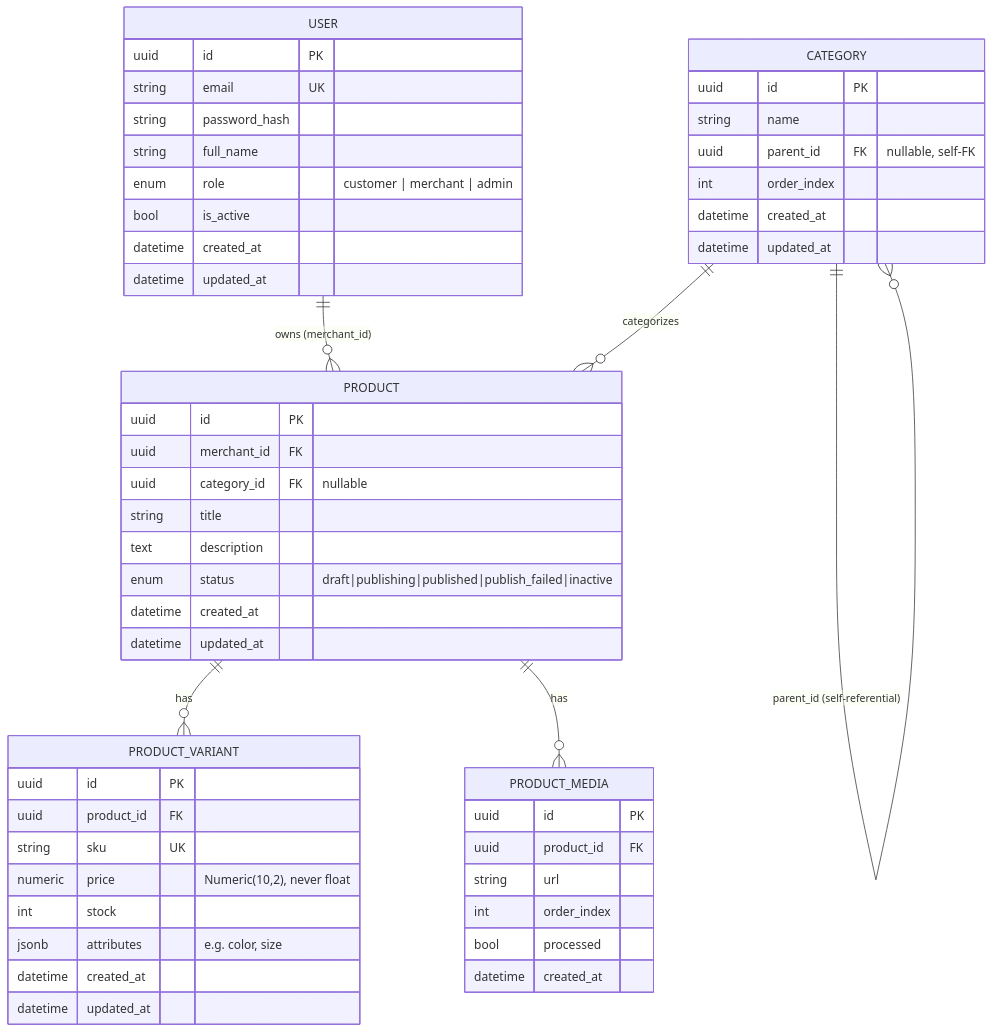
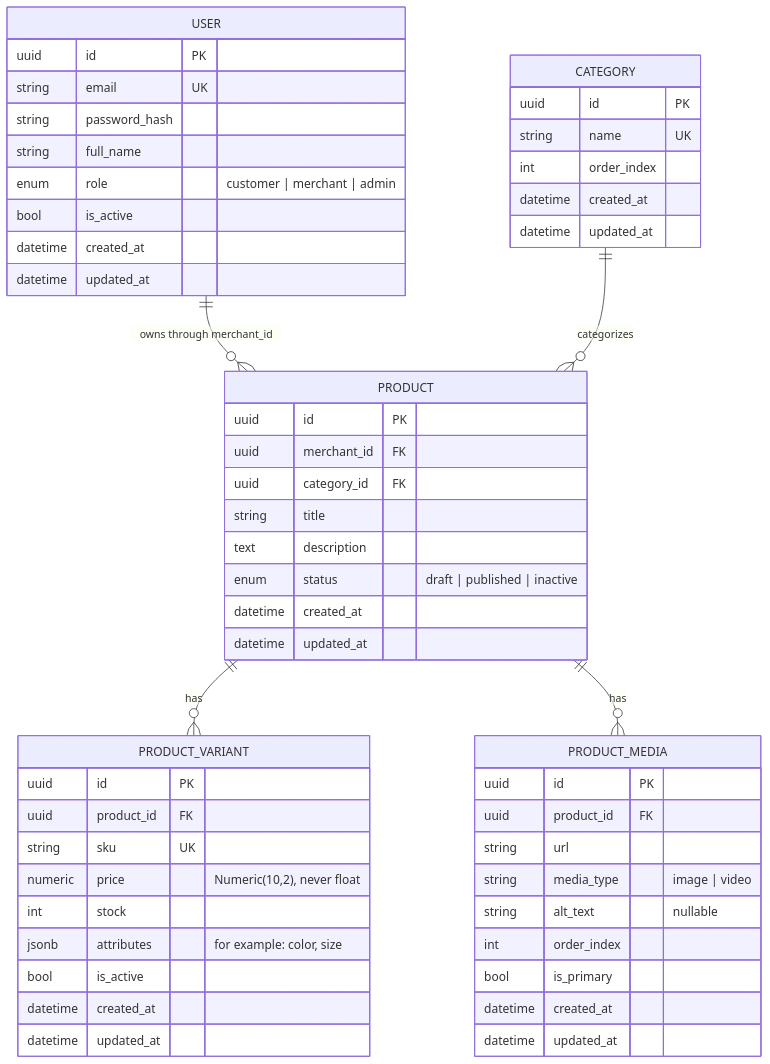
One commit to yusra-yt2209005/smartretail-yusra changed the diagram in docs/design.md. Above: the diagram before and after it, drawn with Mermaid. The commit also changed other lines of this file and 7 other files, not shown here.

````diff
--- a/docs/design.md
+++ b/docs/design.md
@@ -5,59 +5,61 @@
 ```mermaid
 erDiagram
-    USER ||--o{ PRODUCT : "owns (merchant_id)"
-    CATEGORY ||--o{ CATEGORY : "parent_id (self-referential)"
+    USER ||--o{ PRODUCT : "owns through merchant_id"
     CATEGORY ||--o{ PRODUCT : "categorizes"
     PRODUCT ||--o{ PRODUCT_VARIANT : "has"
     PRODUCT ||--o{ PRODUCT_MEDIA : "has"
 
     USER {
         uuid id PK
         string email UK
         string password_hash
         string full_name
         enum role "customer | merchant | admin"
         bool is_active
         datetime created_at
         datetime updated_at
     }
 
     CATEGORY {
         uuid id PK
-        string name
-        uuid parent_id FK "nullable, self-FK"
+        string name UK
         int order_index
         datetime created_at
         datetime updated_at
     }
 
     PRODUCT {
         uuid id PK
         uuid merchant_id FK
-        uuid category_id FK "nullable"
+        uuid category_id FK
         string title
         text description
-        enum status "draft|publishing|published|publish_failed|inactive"
+        enum status "draft | published | inactive"
         datetime created_at
         datetime updated_at
     }
 
     PRODUCT_VARIANT {
         uuid id PK
         uuid product_id FK
         string sku UK
         numeric price "Numeric(10,2), never float"
         int stock
-        jsonb attributes "e.g. color, size"
+        jsonb attributes "for example: color, size"
+        bool is_active
         datetime created_at
         datetime updated_at
     }
 
     PRODUCT_MEDIA {
         uuid id PK
         uuid product_id FK
         string url
+        string media_type "image | video"
+        string alt_text "nullable"
         int order_index
-        bool processed
+        bool is_primary
         datetime created_at
+        datetime updated_at
     }
 ```
````
